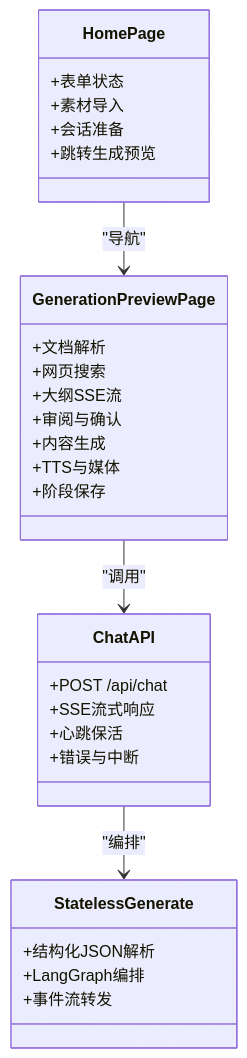
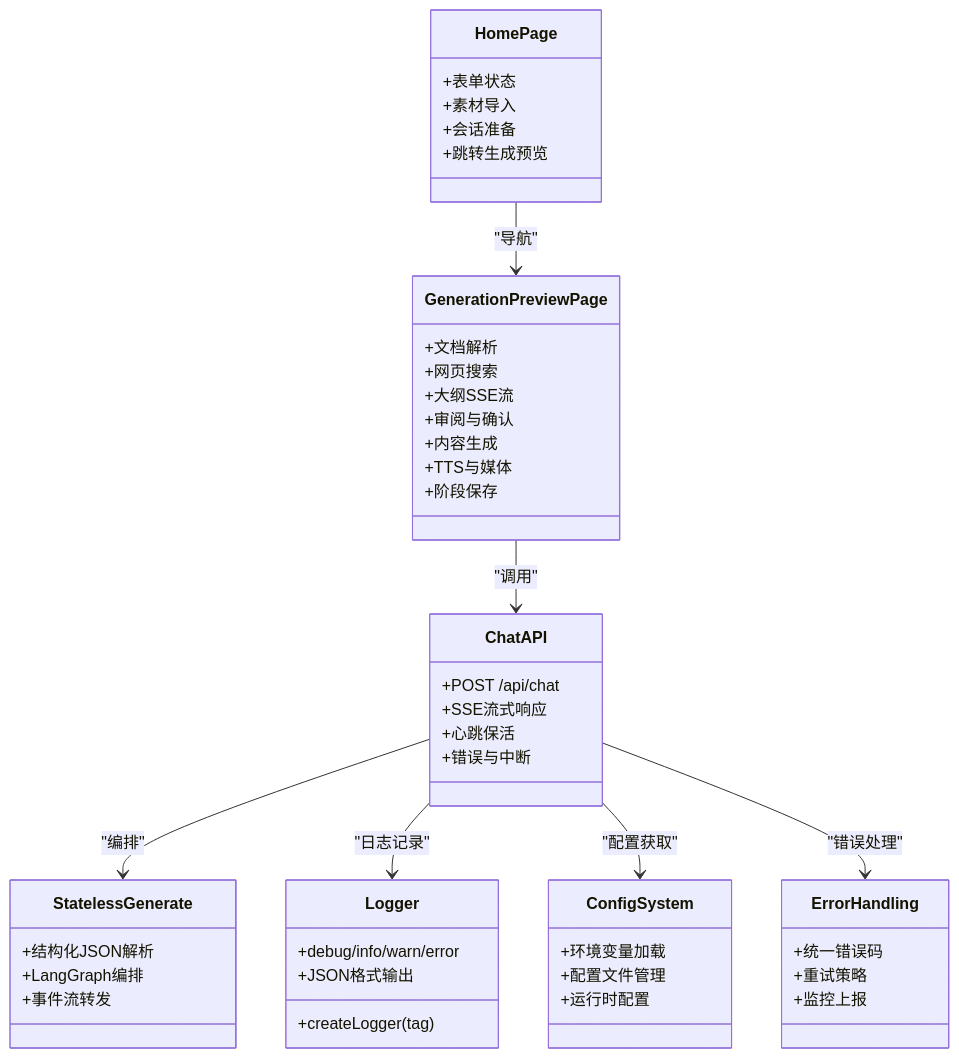
The third of 3 diagrams in .qoder/repowiki/zh/content/架构设计/架构设计.md (huangboheng/OpenMAIC), drawn with Mermaid before and after one commit. The commit also changed other lines of this file and 10 other files, not shown here.

````diff
--- a/.qoder/repowiki/zh/content/架构设计/架构设计.md
+++ b/.qoder/repowiki/zh/content/架构设计/架构设计.md
@@ -155,32 +299,50 @@
 ```mermaid
 classDiagram
 class HomePage {
 +表单状态
 +素材导入
 +会话准备
 +跳转生成预览
 }
 class GenerationPreviewPage {
 +文档解析
 +网页搜索
 +大纲SSE流
 +审阅与确认
 +内容生成
 +TTS与媒体
 +阶段保存
 }
 class ChatAPI {
 +POST /api/chat
 +SSE流式响应
 +心跳保活
 +错误与中断
 }
 class StatelessGenerate {
 +结构化JSON解析
 +LangGraph编排
 +事件流转发
 }
+class Logger {
++createLogger(tag)
++debug/info/warn/error
++JSON格式输出
+}
+class ConfigSystem {
++环境变量加载
++配置文件管理
++运行时配置
+}
+class ErrorHandling {
++统一错误码
++重试策略
++监控上报
+}
 HomePage --> GenerationPreviewPage : "导航"
 GenerationPreviewPage --> ChatAPI : "调用"
 ChatAPI --> StatelessGenerate : "编排"
+ChatAPI --> Logger : "日志记录"
+ChatAPI --> ConfigSystem : "配置获取"
+ChatAPI --> ErrorHandling : "错误处理"
 ```
````
